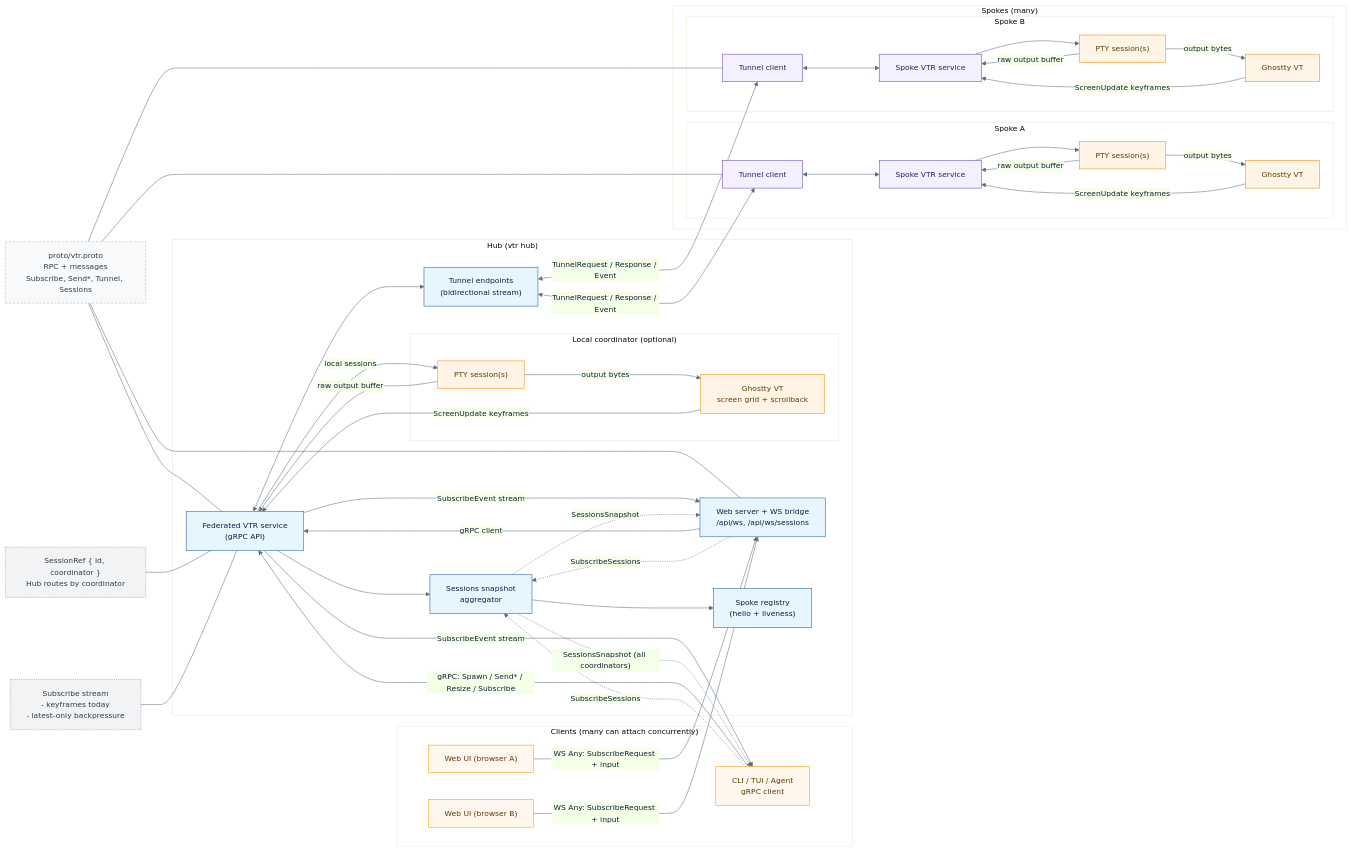
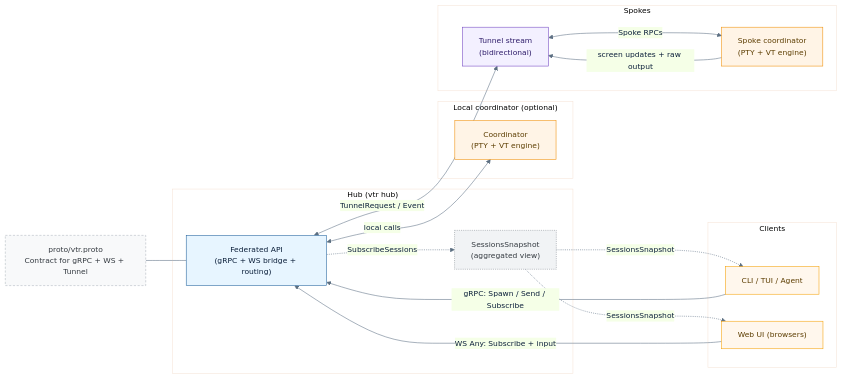
The diagram in docs/diagrams/vtr-data-flow.md (advait/vtr), drawn with Mermaid before and after one commit. The commit also changed other lines of this file and 2 other files, not shown here.

Commit message:
Simplify data flow diagram

````diff
--- a/docs/diagrams/vtr-data-flow.md
+++ b/docs/diagrams/vtr-data-flow.md
@@ -14,84 +13,37 @@
   classDef proto fill:#f8f9fa,stroke:#adb5bd,color:#343a40,stroke-dasharray:4 3;
   classDef note fill:#f1f3f5,stroke:#868e96,color:#343a40,stroke-dasharray:2 2;
 
-  proto["proto/vtr.proto\nRPC + messages\nSubscribe, Send*, Tunnel, Sessions"]:::proto
-  sessionRef["SessionRef { id, coordinator }\nHub routes by coordinator"]:::note
-  subscribeNote["Subscribe stream\n- keyframes today\n- latest-only backpressure"]:::note
+  proto["proto/vtr.proto\nContract for gRPC + WS + Tunnel"]:::proto
 
-  subgraph Clients["Clients (many can attach concurrently)"]
-    cli["CLI / TUI / Agent\ngRPC client"]:::client
-    webA["Web UI (browser A)"]:::client
-    webB["Web UI (browser B)"]:::client
+  subgraph Clients["Clients"]
+    cli["CLI / TUI / Agent"]:::client
+    web["Web UI (browsers)"]:::client
   end
 
   subgraph Hub["Hub (vtr hub)"]
-    web["Web server + WS bridge\n/api/ws, /api/ws/sessions"]:::hub
-    grpc["Federated VTR service\n(gRPC API)"]:::hub
-    sessionsAgg["Sessions snapshot\naggregator"]:::hub
-    registry["Spoke registry\n(hello + liveness)"]:::hub
-    tunnelHub["Tunnel endpoints\n(bidirectional stream)"]:::hub
-
-    subgraph Local["Local coordinator (optional)"]
-      localPTY["PTY session(s)"]:::engine
-      localVT["Ghostty VT\nscreen grid + scrollback"]:::engine
-      localPTY -->|"output bytes"| localVT
-    end
-
-    web -->|"gRPC client"| grpc
-    grpc --> sessionsAgg
-    sessionsAgg --> registry
-    grpc <--> tunnelHub
+    hub["Federated API\n(gRPC + WS bridge + routing)"]:::hub
+    snapshots["SessionsSnapshot\n(aggregated view)"]:::note
   end
 
-  subgraph Spokes["Spokes (many)"]
-    subgraph SpokeA["Spoke A"]
-      tA["Tunnel client"]:::spoke
-      gA["Spoke VTR service"]:::spoke
-      pA["PTY session(s)"]:::engine
-      vA["Ghostty VT"]:::engine
-      gA --> pA
-      pA -->|"output bytes"| vA
-      vA -->|"ScreenUpdate keyframes"| gA
-      pA -->|"raw output buffer"| gA
-      tA <--> gA
-    end
-    subgraph SpokeB["Spoke B"]
-      tB["Tunnel client"]:::spoke
-      gB["Spoke VTR service"]:::spoke
-      pB["PTY session(s)"]:::engine
-      vB["Ghostty VT"]:::engine
-      gB --> pB
-      pB -->|"output bytes"| vB
-      vB -->|"ScreenUpdate keyframes"| gB
-      pB -->|"raw output buffer"| gB
-      tB <--> gB
-    end
+  subgraph Local["Local coordinator (optional)"]
+    local["Coordinator\n(PTY + VT engine)"]:::engine
   end
 
-  proto --- grpc
-  proto --- web
-  proto --- tA
-  proto --- tB
+  subgraph Spokes["Spokes"]
+    tunnel["Tunnel stream\n(bidirectional)"]:::spoke
+    spoke["Spoke coordinator\n(PTY + VT engine)"]:::engine
+  end
 
-  cli -->|"gRPC: Spawn / Send* / Resize / Subscribe"| grpc
-  webA -->|"WS Any: SubscribeRequest + input"| web
-  webB -->|"WS Any: SubscribeRequest + input"| web
+  proto --- hub
 
-  sessionRef --- grpc
-  subscribeNote --- grpc
+  cli -->|"gRPC: Spawn / Send / Subscribe"| hub
+  web -->|"WS Any: Subscribe + input"| hub
+  hub -.->|"SubscribeSessions"| snapshots
+  snapshots -.->|"SessionsSnapshot"| cli
+  snapshots -.->|"SessionsSnapshot"| web
 
-  grpc -->|"local sessions"| localPTY
-  localPTY -->|"raw output buffer"| grpc
-  localVT -->|"ScreenUpdate keyframes"| grpc
-
-  tunnelHub <--> |"TunnelRequest / Response / Event"| tA
-  tunnelHub <--> |"TunnelRequest / Response / Event"| tB
-
-  grpc -->|"SubscribeEvent stream"| cli
-  grpc -->|"SubscribeEvent stream"| web
-
-  cli -.->|"SubscribeSessions"| sessionsAgg
-  web -.->|"SubscribeSessions"| sessionsAgg
-  sessionsAgg -.->|"SessionsSnapshot (all coordinators)"| cli
-  sessionsAgg -.->|"SessionsSnapshot"| web
+  hub <--> |"local calls"| local
+  hub <--> |"TunnelRequest / Event"| tunnel
+  tunnel <--> |"Spoke RPCs"| spoke
+  spoke -->|"screen updates + raw output"| tunnel
 ```
````
